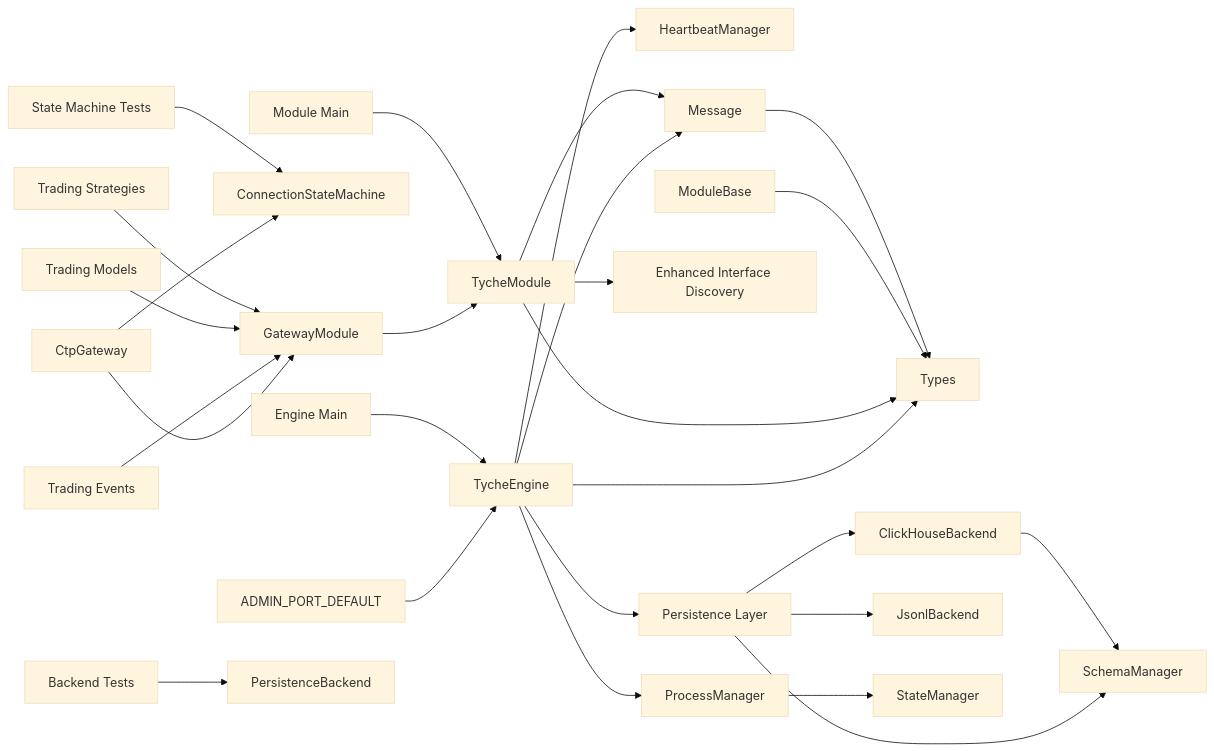
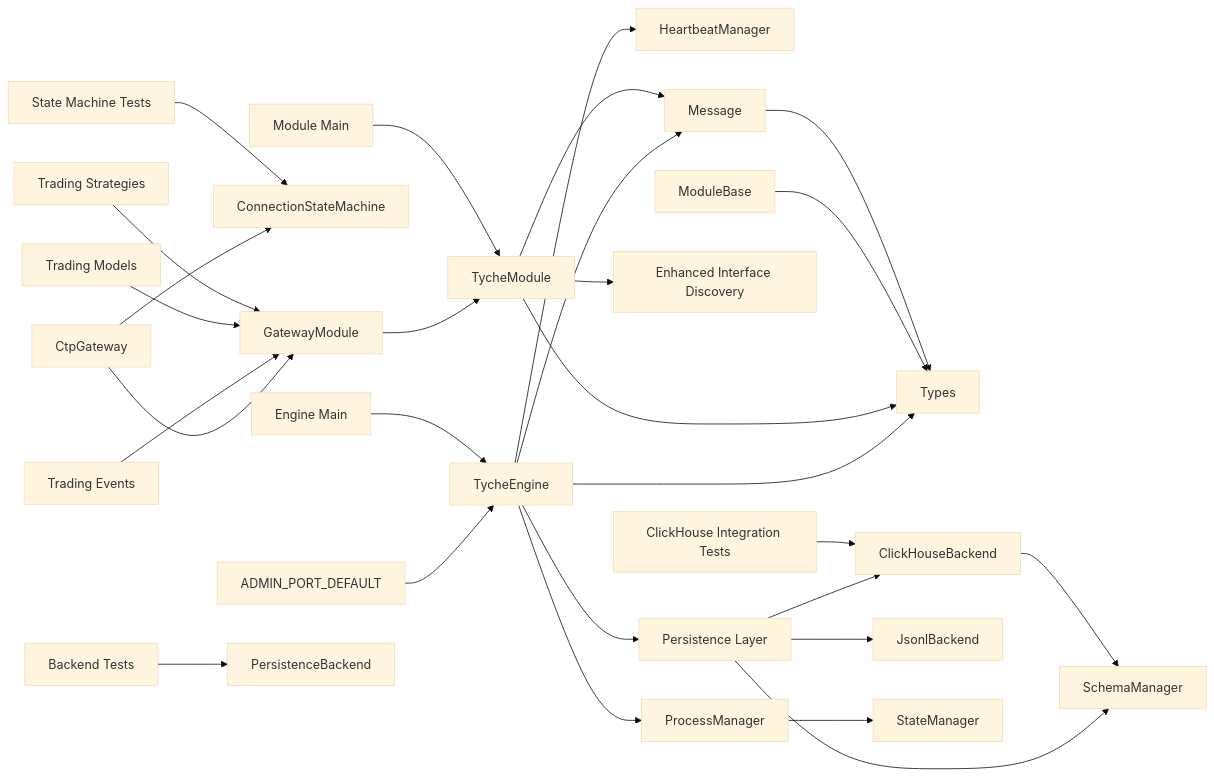
One commit to zt281/TycheEngine changed diagram 11 of 11 in .qoder/repowiki/en/content/Core Components/Core Components.md. Above: the diagram before and after it, drawn with Mermaid (base theme). The commit also changed other lines of this file and 34 other files, not shown here.

````diff
--- a/.qoder/repowiki/en/content/Core Components/Core Components.md
+++ b/.qoder/repowiki/en/content/Core Components/Core Components.md
@@ -1380,29 +1390,30 @@
 ```mermaid
 graph LR
 Engine["TycheEngine"] --> HBMgr["HeartbeatManager"]
 Engine --> Msg["Message"]
 Engine --> Types["Types"]
 Engine --> Persist["Persistence Layer"]
 TycheMod["TycheModule"] --> Msg
 TycheMod --> Types
 TycheMod --> InterfaceDiscovery["Enhanced Interface Discovery"]
 ModBase["ModuleBase"] --> Types
 GatewayMod["GatewayModule"] --> TycheMod
 CtpGateway["CtpGateway"] --> GatewayMod
 CtpGateway --> StateMachine["ConnectionStateMachine"]
 Persist --> ClickHouse["ClickHouseBackend"]
 Persist --> Jsonl["JsonlBackend"]
 Persist --> SchemaMgr["SchemaManager"]
 ClickHouse --> SchemaMgr
 TradingEvents["Trading Events"] --> GatewayMod
 TradingModels["Trading Models"] --> GatewayMod
 TradingStrategies["Trading Strategies"] --> GatewayMod
 Msg --> Types
 AdminConst["ADMIN_PORT_DEFAULT"] --> Engine
 ProcMgr["ProcessManager"] --> StateMgr["StateManager"]
 Engine --> ProcMgr
 CLIEngine["Engine Main"] --> Engine
 CLIModule["Module Main"] --> TycheMod
 TestBackend["Backend Tests"] --> BackendAPI["PersistenceBackend"]
 TestSM["State Machine Tests"] --> StateMachine
+TestClickHouse["ClickHouse Integration Tests"] --> ClickHouse
 ```
````
